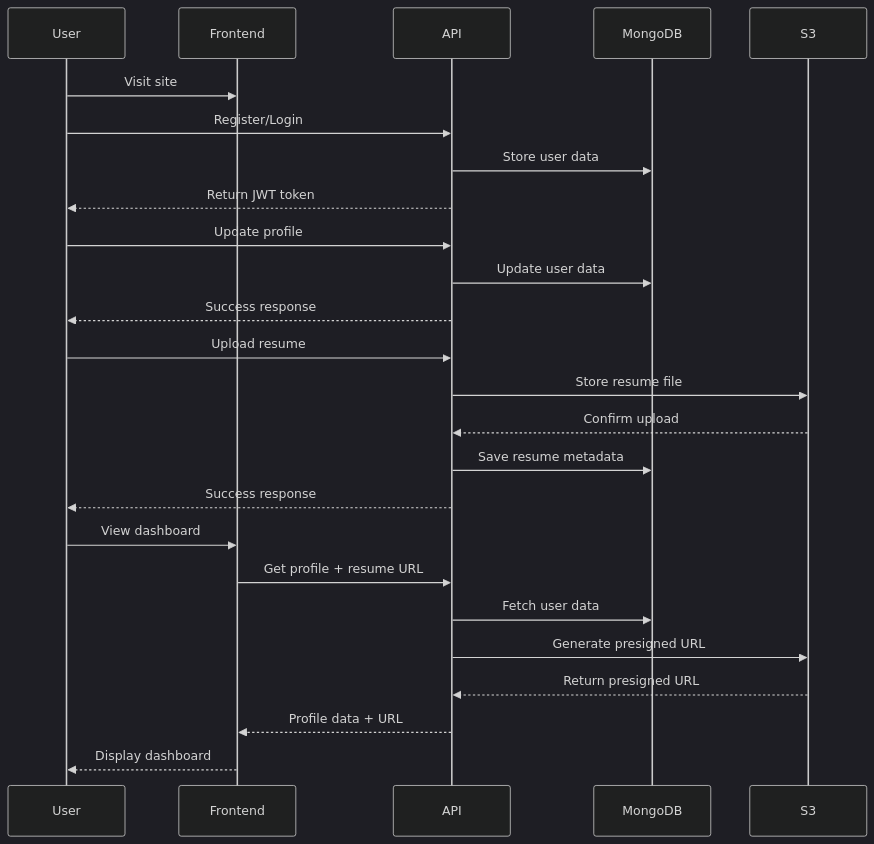
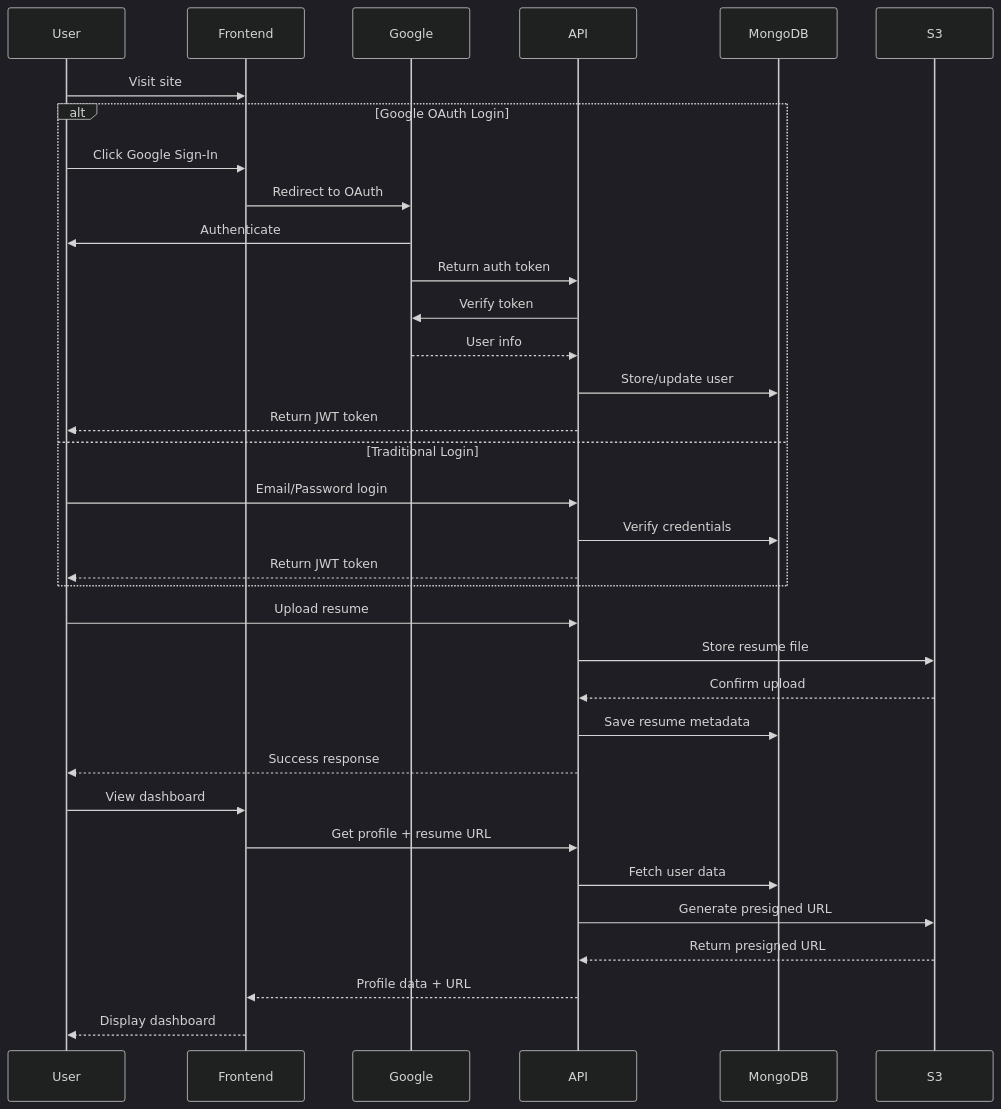
One commit to Team-Kaizen-MMDC/mmdc-wst changed the diagram in README.md. Above: the diagram before and after it, drawn with Mermaid (dark theme).

Commit message:
feat(docs): update sequence diagram in README to include Google OAuth login flow

````diff
--- a/README.md
+++ b/README.md
@@ -49,31 +49,40 @@
 ```mermaid
 sequenceDiagram
     participant User
     participant Frontend
+    participant Google
     participant API
     participant MongoDB
     participant S3
 
     User->>Frontend: Visit site
-    User->>API: Register/Login
-    API->>MongoDB: Store user data
-    API-->>User: Return JWT token
 
-    User->>API: Update profile
-    API->>MongoDB: Update user data
-    API-->>User: Success response
+    alt Google OAuth Login
+        User->>Frontend: Click Google Sign-In
+        Frontend->>Google: Redirect to OAuth
+        Google->>User: Authenticate
+        Google->>API: Return auth token
+        API->>Google: Verify token
+        Google-->>API: User info
+        API->>MongoDB: Store/update user
+        API-->>User: Return JWT token
+    else Traditional Login
+        User->>API: Email/Password login
+        API->>MongoDB: Verify credentials
+        API-->>User: Return JWT token
+    end
 
     User->>API: Upload resume
     API->>S3: Store resume file
     S3-->>API: Confirm upload
     API->>MongoDB: Save resume metadata
     API-->>User: Success response
 
     User->>Frontend: View dashboard
     Frontend->>API: Get profile + resume URL
     API->>MongoDB: Fetch user data
     API->>S3: Generate presigned URL
     S3-->>API: Return presigned URL
     API-->>Frontend: Profile data + URL
     Frontend-->>User: Display dashboard
 ```
````
